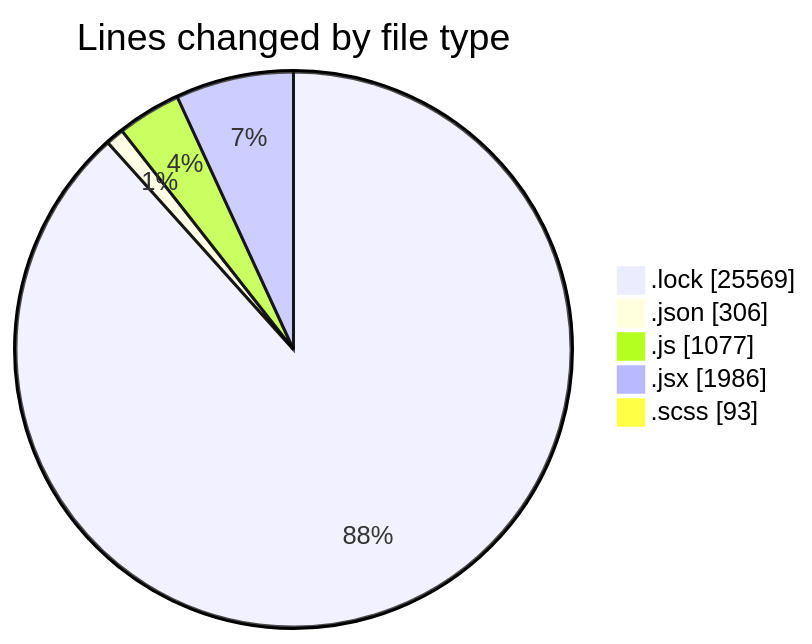
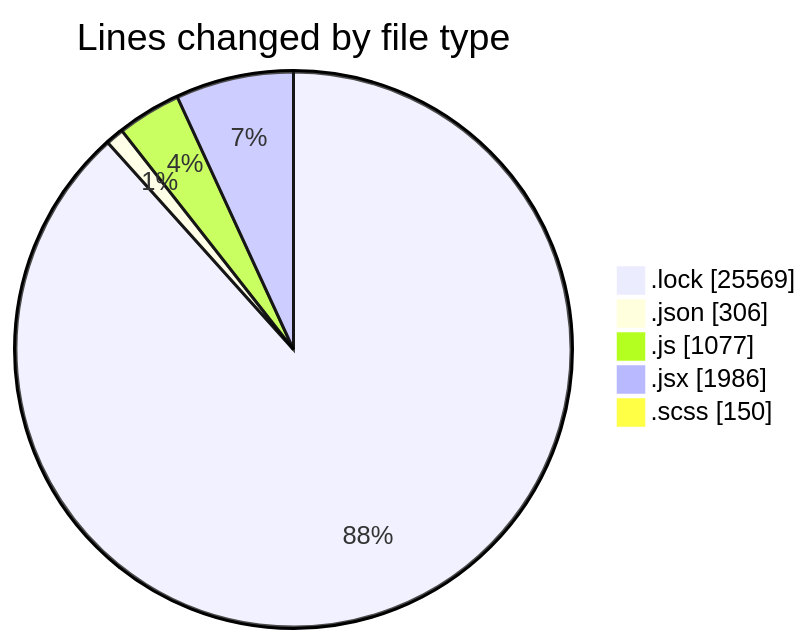
The first of 2 diagrams in 2026-01-07/cda/README.md (momahboobian/code-tracking), drawn with Mermaid before and after one commit. The commit also changed other lines of this file and 1 other file, not shown here.

````diff
--- a/2026-01-07/cda/README.md
+++ b/2026-01-07/cda/README.md
@@ -43,9 +44,9 @@
 ```mermaid
 pie showData
 title Lines changed by file type
 ".lock" : 25569
 ".json" : 306
 ".js" : 1077
 ".jsx" : 1986
-".scss" : 93
+".scss" : 150
 ```
````
